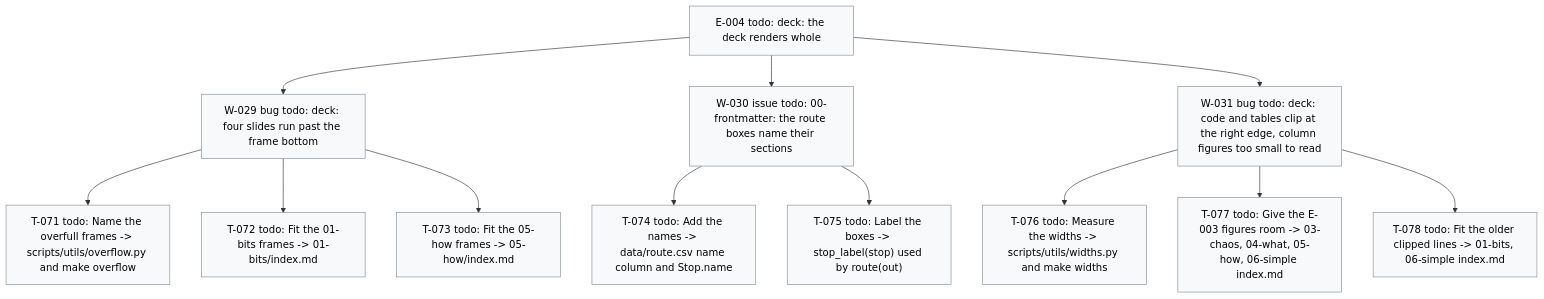
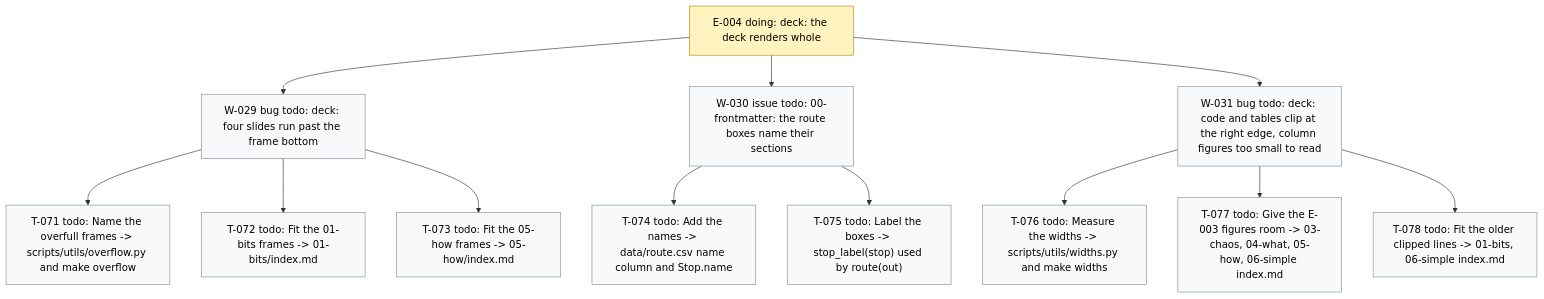
Before and after one commit to dpopchev/chaos-to-simple: the diagram in .board/BOARD.md, drawn with Mermaid. The commit also changed other lines of this file and 2 other files, not shown here.

Commit message:
chore(board): activate E-004, W-029 structure noted

````diff
--- a/.board/BOARD.md
+++ b/.board/BOARD.md
@@ -193,21 +193,22 @@
 ```mermaid
 flowchart TD
-  E004["E-004 todo: deck: the deck renders whole"]
+  E004["E-004 doing: deck: the deck renders whole"]
   E004 --> W029["W-029 bug todo: deck: four slides run past the frame bottom"]
   W029 --> T071["T-071 todo: Name the overfull frames -> scripts/utils/overflow.py and make overflow"]
   W029 --> T072["T-072 todo: Fit the 01-bits frames -> 01-bits/index.md"]
   W029 --> T073["T-073 todo: Fit the 05-how frames -> 05-how/index.md"]
   E004 --> W030["W-030 issue todo: 00-frontmatter: the route boxes name their sections"]
   W030 --> T074["T-074 todo: Add the names -> data/route.csv name column and Stop.name"]
   W030 --> T075["T-075 todo: Label the boxes -> stop_label(stop) used by route(out)"]
   E004 --> W031["W-031 bug todo: deck: code and tables clip at the right edge, column figures too small to read"]
   W031 --> T076["T-076 todo: Measure the widths -> scripts/utils/widths.py and make widths"]
   W031 --> T077["T-077 todo: Give the E-003 figures room -> 03-chaos, 04-what, 05-how, 06-simple index.md"]
   W031 --> T078["T-078 todo: Fit the older clipped lines -> 01-bits, 06-simple index.md"]
   classDef doing fill:#fff3bf,stroke:#b58900,color:#000;
   classDef blocked fill:#ffe3e3,stroke:#c92a2a,color:#000;
   classDef done fill:#e6ffed,stroke:#2b8a3e,color:#000;
   classDef todo fill:#f8f9fa,stroke:#868e96,color:#000;
   classDef pruned fill:#f1f3f5,stroke:#adb5bd,color:#000;
-  class E004,W029,T071,T072,T073,W030,T074,T075,W031,T076,T077,T078 todo
+  class E004 doing
+  class W029,T071,T072,T073,W030,T074,T075,W031,T076,T077,T078 todo
 ```
````
